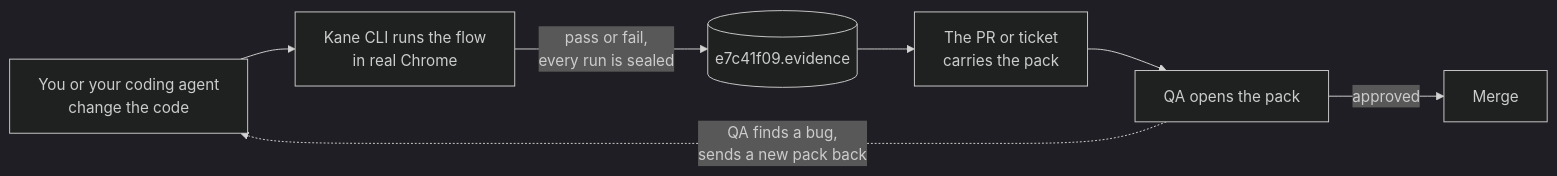
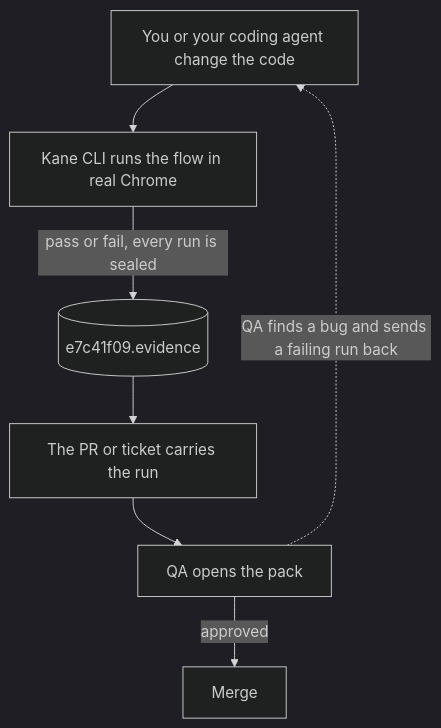
The diagram in README.md (anubhavsinghmaar/readme-check), drawn with Mermaid (dark theme) before and after one commit. The commit also changed other lines of this file, not shown here.

Commit message:
Draft 2 of the new Kane CLI README: fixes from the verification pass

````diff
--- a/README.md
+++ b/README.md
@@ -200,9 +113,9 @@
 ```mermaid
-flowchart LR
-    A["You or your coding agent<br/>change the code"] --> B["Kane CLI runs the flow<br/>in real Chrome"]
-    B -->|"pass or fail,<br/>every run is sealed"| C[("e7c41f09.evidence")]
-    C --> D["The PR or ticket<br/>carries the pack"]
+flowchart TD
+    A["You or your coding agent change the code"] --> B["Kane CLI runs the flow in real Chrome"]
+    B -->|"pass or fail, every run is sealed"| C[("e7c41f09.evidence")]
+    C --> D["The PR or ticket carries the run"]
     D --> E["QA opens the pack"]
     E -->|"approved"| F["Merge"]
-    E -.->|"QA finds a bug,<br/>sends a new pack back"| A
+    E -.->|"QA finds a bug and sends a failing run back"| A
 ```
````
